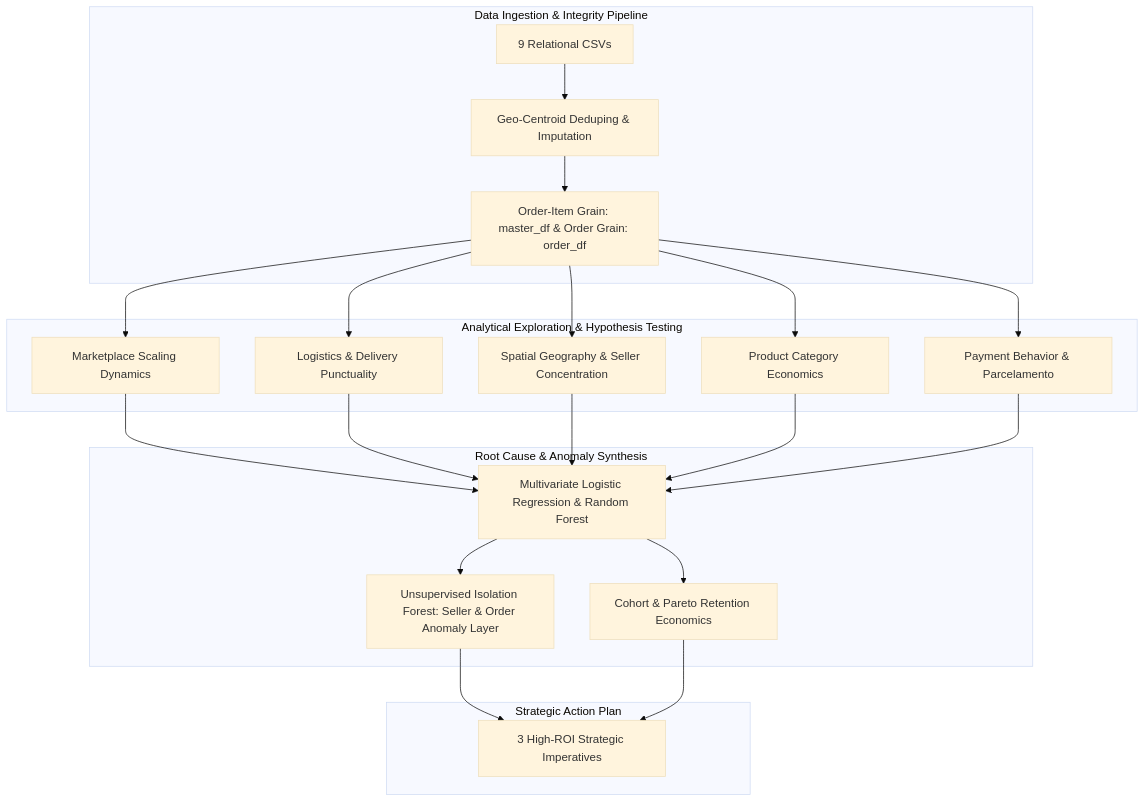
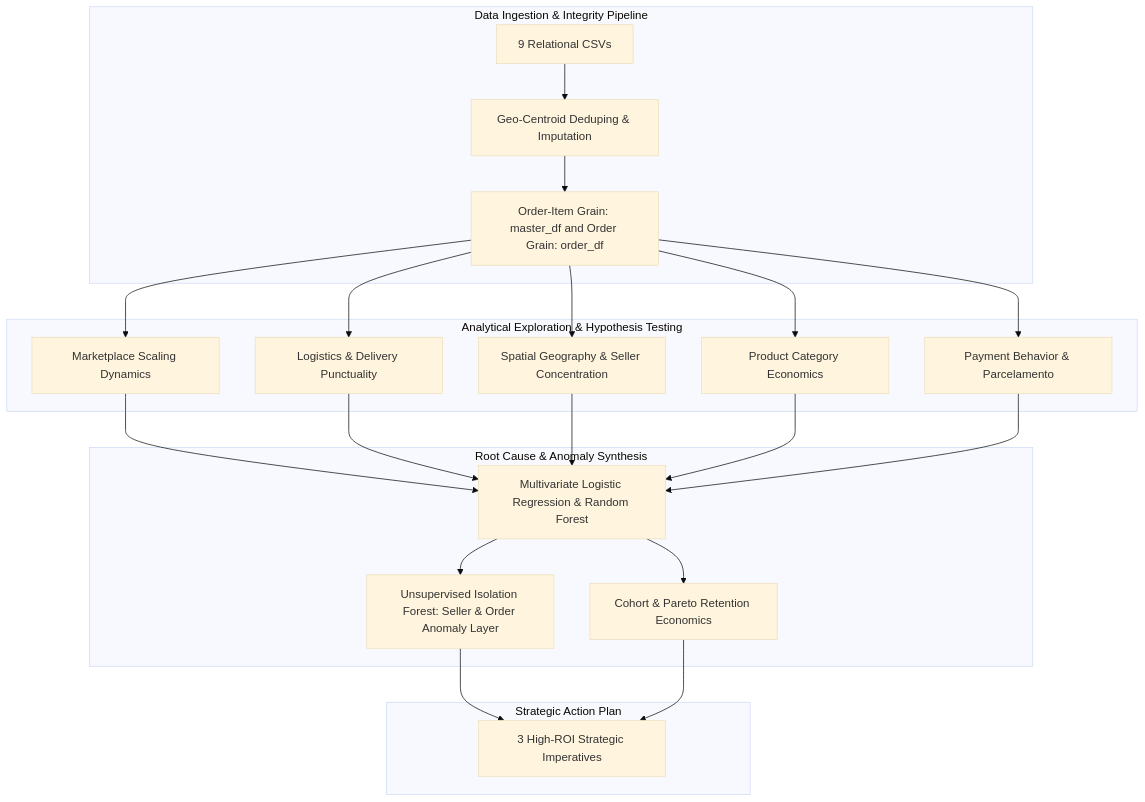
The diagram in analysis_report.md (yuktac1011/Data_Analytics_Hackathon_2026), drawn with Mermaid (base theme) before and after one commit. The commit also changed 1 other file, not shown here.

Commit message:
docs: wrap Mermaid flowchart labels in quotes for improved rendering consistency

````diff
--- a/analysis_report.md
+++ b/analysis_report.md
@@ -18,25 +18,25 @@
 ```mermaid
 flowchart TD
     subgraph S1["Data Ingestion & Integrity Pipeline"]
-        A[9 Relational CSVs] --> B[Geo-Centroid Deduping & Imputation]
-        B --> C[Order-Item Grain: master_df & Order Grain: order_df]
+        A["9 Relational CSVs"] --> B["Geo-Centroid Deduping & Imputation"]
+        B --> C["Order-Item Grain: master_df and Order Grain: order_df"]
     end
 
     subgraph S2["Analytical Exploration & Hypothesis Testing"]
-        C --> D[Marketplace Scaling Dynamics]
-        C --> E[Logistics & Delivery Punctuality]
-        C --> F[Spatial Geography & Seller Concentration]
-        C --> G[Product Category Economics]
-        C --> H[Payment Behavior & Parcelamento]
+        C --> D["Marketplace Scaling Dynamics"]
+        C --> E["Logistics & Delivery Punctuality"]
+        C --> F["Spatial Geography & Seller Concentration"]
+        C --> G["Product Category Economics"]
+        C --> H["Payment Behavior & Parcelamento"]
     end
 
     subgraph S3["Root Cause & Anomaly Synthesis"]
-        D & E & F & G & H --> I[Multivariate Logistic Regression & Random Forest]
-        I --> J[Unsupervised Isolation Forest: Seller & Order Anomaly Layer]
-        I --> K[Cohort & Pareto Retention Economics]
+        D & E & F & G & H --> I["Multivariate Logistic Regression & Random Forest"]
+        I --> J["Unsupervised Isolation Forest: Seller & Order Anomaly Layer"]
+        I --> K["Cohort & Pareto Retention Economics"]
     end
 
     subgraph S4["Strategic Action Plan"]
         J & K --> L["3 High-ROI Strategic Imperatives"]
     end
 ```
````
